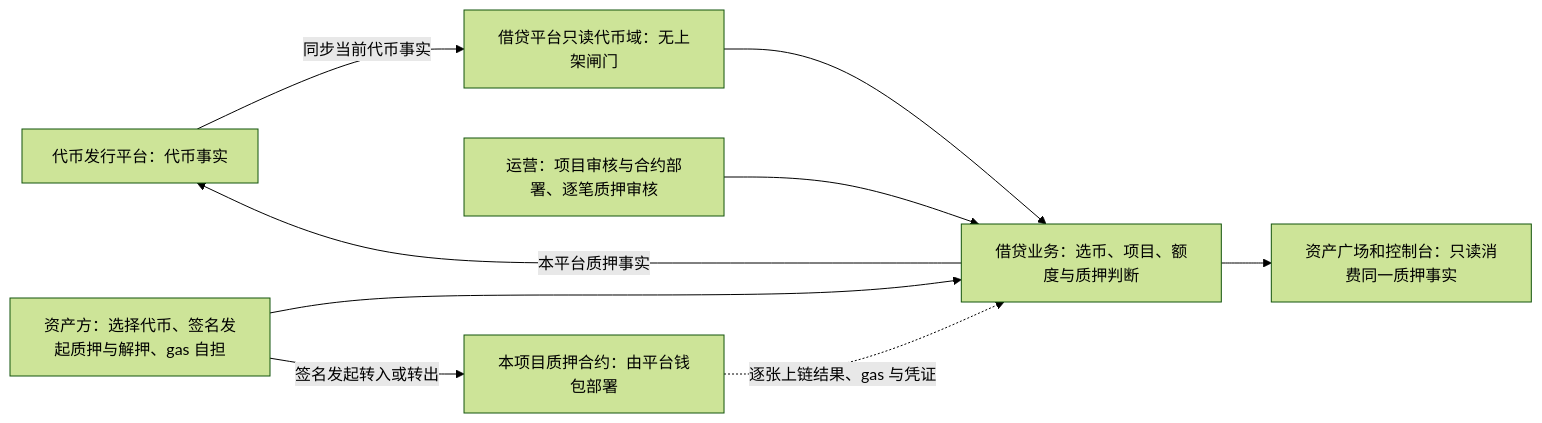
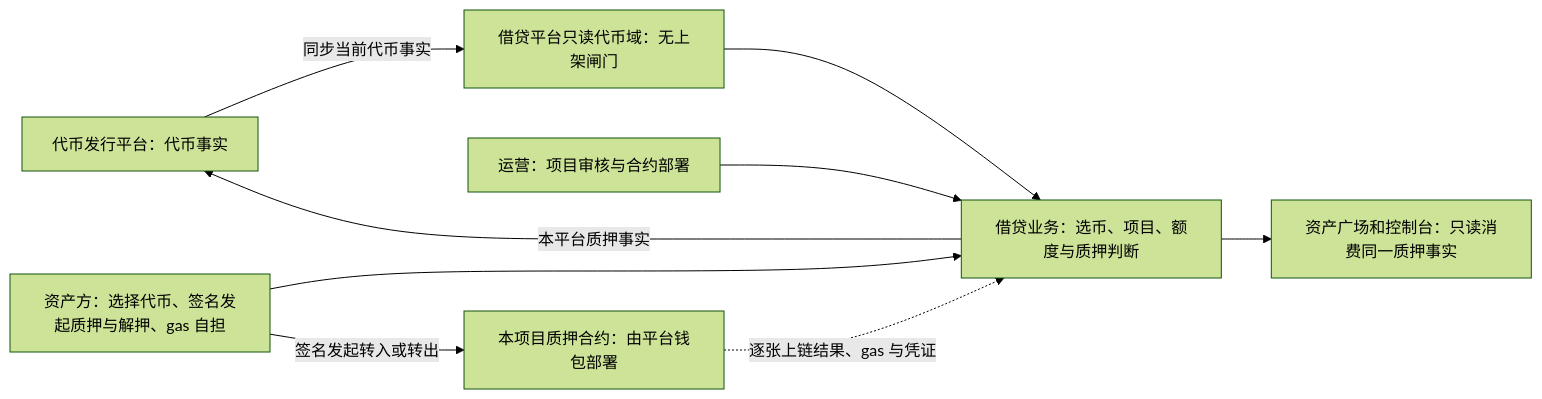
One commit to wxblockchain/Chain-Financing changed the fifth of 9 diagrams in lending-platform/PRD/面客端/05-借贷广场-融资需求与代币质押/02-融资需求与代币质押-流程图与状态机.md. Above: the diagram before and after it, drawn with Mermaid (forest theme). The commit also changed other lines of this file and 28 other files, not shown here.

````diff
--- a/lending-platform/PRD/面客端/05-借贷广场-融资需求与代币质押/02-融资需求与代币质押-流程图与状态机.md
+++ b/lending-platform/PRD/面客端/05-借贷广场-融资需求与代币质押/02-融资需求与代币质押-流程图与状态机.md
@@ -138,11 +130,11 @@
 ```mermaid
 flowchart LR
   A[代币发行平台：代币事实] -->|同步当前代币事实| B[借贷平台只读代币域：无上架闸门]
   B --> C[借贷业务：选币、项目、额度与质押判断]
-  D[运营：项目审核与合约部署、逐笔质押审核] --> C
+  D[运营：项目审核与合约部署] --> C
   E[资产方：选择代币、签名发起质押与解押、gas 自担] --> C
   X[本项目质押合约：由平台钱包部署] -.->|逐张上链结果、gas 与凭证| C
   E -->|签名发起转入或转出| X
   C -->|本平台质押事实| A
   C --> F[资产广场和控制台：只读消费同一质押事实]
 ```
````
